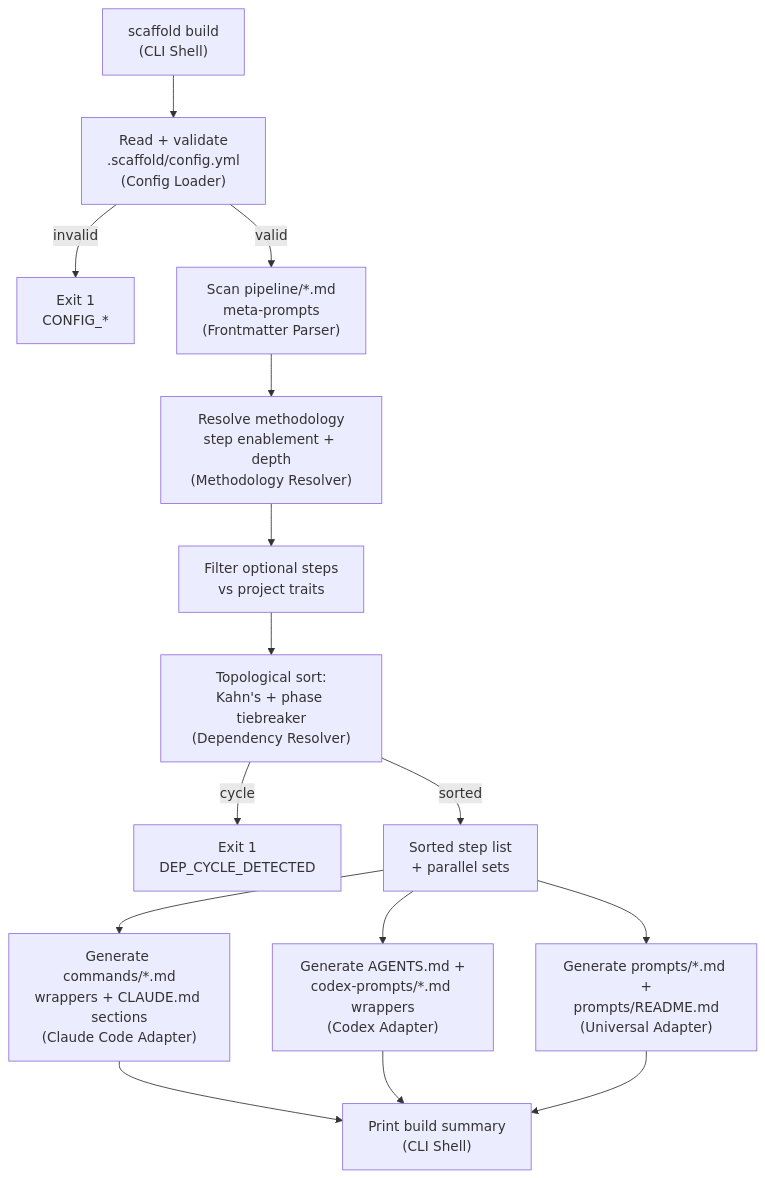
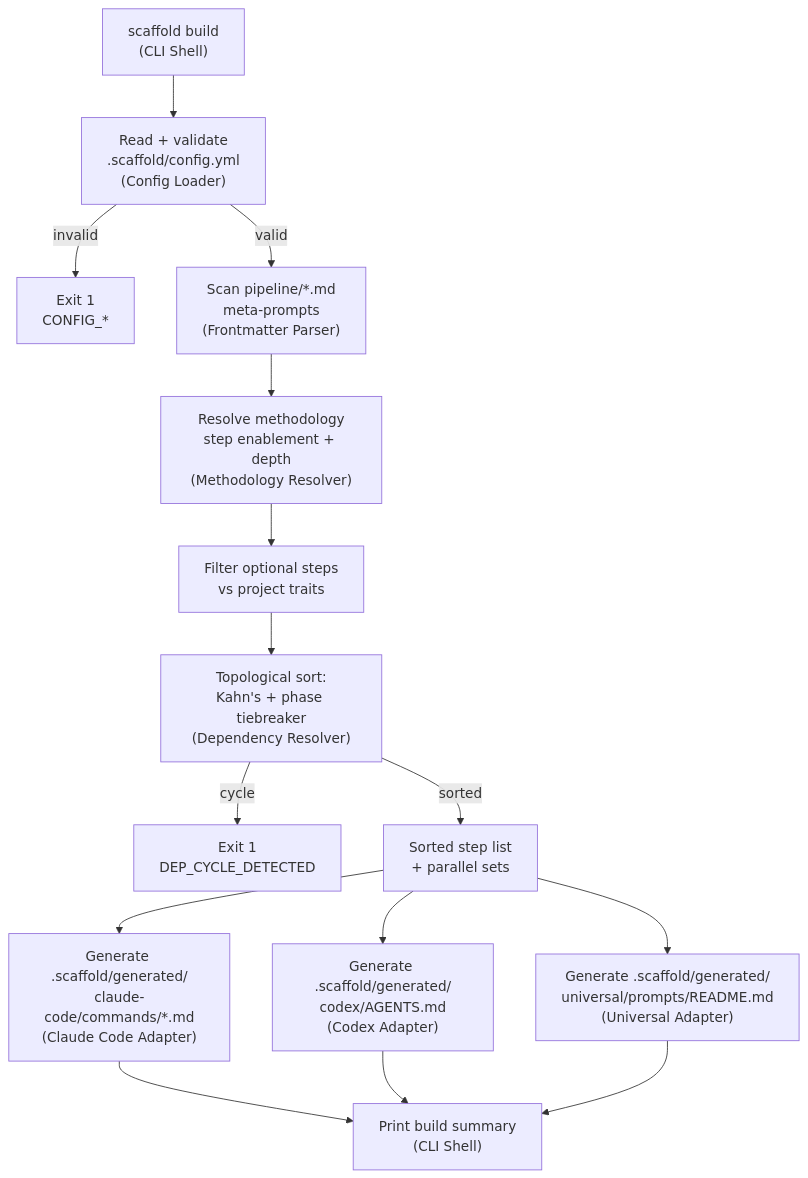
One commit to zigrivers/scaffold changed the third of 10 diagrams in docs/v2/architecture/system-architecture.md. Above: the diagram before and after it, drawn with Mermaid. The commit also changed other lines of this file and 20 other files, not shown here.

Commit message:
Move generated Scaffold output under .scaffold

````diff
--- a/docs/v2/architecture/system-architecture.md
+++ b/docs/v2/architecture/system-architecture.md
@@ -458,15 +458,15 @@
 ```mermaid
 flowchart TD
     A["scaffold build<br/>(CLI Shell)"] --> B["Read + validate<br/>.scaffold/config.yml<br/>(Config Loader)"]
     B -->|"invalid"| ERR1["Exit 1<br/>CONFIG_*"]
     B -->|"valid"| C["Scan pipeline/*.md<br/>meta-prompts<br/>(Frontmatter Parser)"]
     C --> D["Resolve methodology<br/>step enablement + depth<br/>(Methodology Resolver)"]
     D --> E["Filter optional steps<br/>vs project traits"]
     E --> F["Topological sort:<br/>Kahn's + phase tiebreaker<br/>(Dependency Resolver)"]
     F -->|"cycle"| ERR1B["Exit 1<br/>DEP_CYCLE_DETECTED"]
     F -->|"sorted"| G["Sorted step list<br/>+ parallel sets"]
-    G --> H["Generate commands/*.md<br/>wrappers + CLAUDE.md sections<br/>(Claude Code Adapter)"]
-    G --> I["Generate AGENTS.md +<br/>codex-prompts/*.md wrappers<br/>(Codex Adapter)"]
-    G --> J["Generate prompts/*.md +<br/>prompts/README.md<br/>(Universal Adapter)"]
+    G --> H["Generate .scaffold/generated/<br/>claude-code/commands/*.md<br/>(Claude Code Adapter)"]
+    G --> I["Generate .scaffold/generated/<br/>codex/AGENTS.md<br/>(Codex Adapter)"]
+    G --> J["Generate .scaffold/generated/<br/>universal/prompts/README.md<br/>(Universal Adapter)"]
     H & I & J --> K["Print build summary<br/>(CLI Shell)"]
 ```
````
